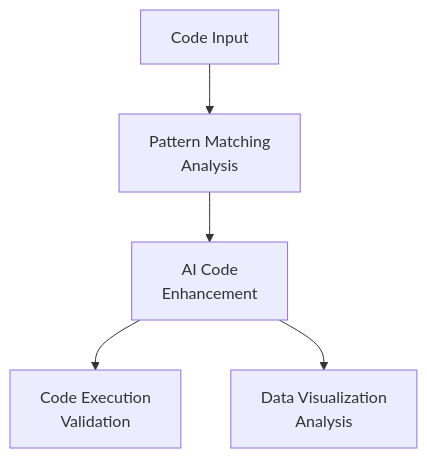
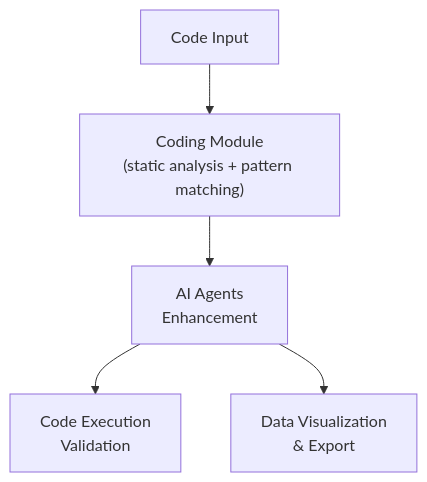
Before and after one commit to docxology/codomyrmex: the second of 3 diagrams in docs/modules/relationships.md, drawn with Mermaid. The commit also changed other lines of this file and 847 other files, not shown here.

````diff
--- a/docs/modules/relationships.md
+++ b/docs/modules/relationships.md
@@ -144,14 +115,14 @@
 ```mermaid
 graph TD
     CodeInput["Code Input"]
 
-    PatternMatch["Pattern Matching<br/>Analysis"]
-    AICode["AI Code<br/>Enhancement"]
+    Coding["Coding Module<br/>(static analysis + pattern matching)"]
+    AICode["AI Agents<br/>Enhancement"]
     CodeExec["Code Execution<br/>Validation"]
-    DataViz["Data Visualization<br/>Analysis"]
+    DataViz["Data Visualization<br/>& Export"]
 
-    CodeInput --> PatternMatch
-    PatternMatch --> AICode
+    CodeInput --> Coding
+    Coding --> AICode
     AICode --> CodeExec
     AICode --> DataViz
 ```
````
